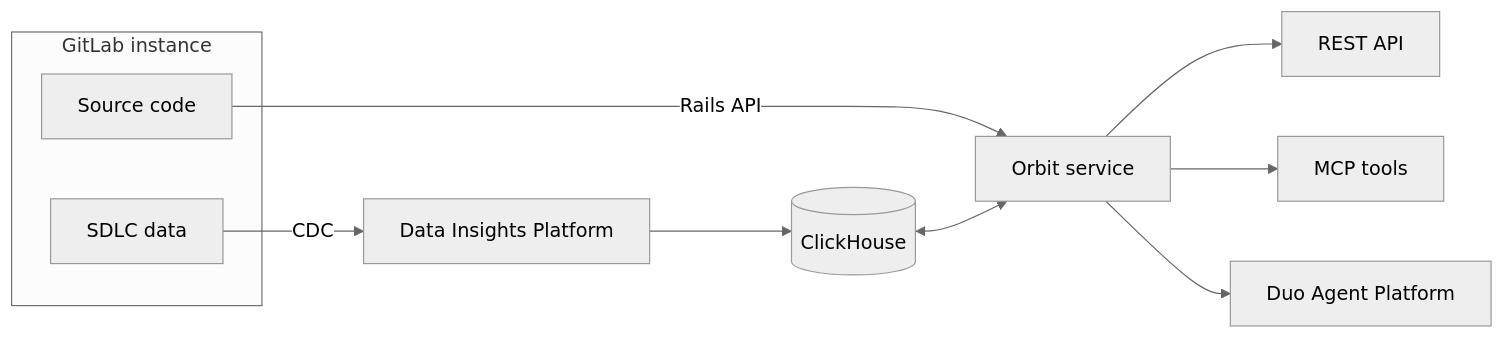
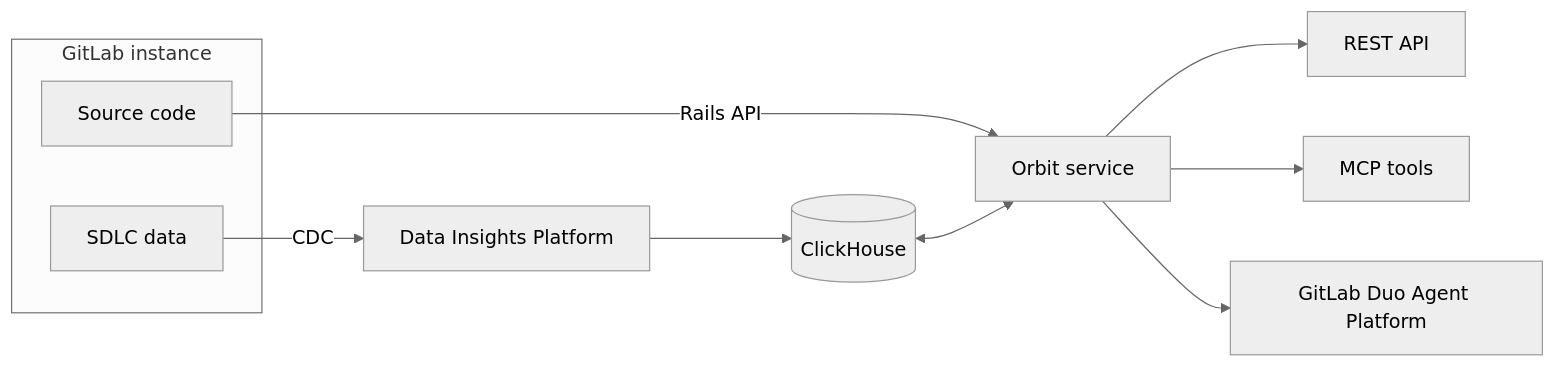
Before and after one commit to fork-the-planet/gitlabhq___orbit-knowledge-graph: the first of 2 diagrams in docs/source/_index.md, drawn with Mermaid (neutral theme). The commit also changed other lines of this file and 15 other files, not shown here.

Commit message:
docs: refactor follow-up part 2 - remove bold used for emphasis and update GitLab Duo references

````diff
--- a/docs/source/_index.md
+++ b/docs/source/_index.md
@@ -53,19 +53,19 @@
 ```mermaid
 flowchart LR
     accTitle: Orbit Remote architecture
-    accDescr: SDLC data streams from GitLab via CDC to the Data Insights Platform, then to ClickHouse. Code is served over the Rails internal API. Orbit reads both sources, builds the graph in ClickHouse, and exposes it via REST API, MCP tools, and Duo Agent Platform.
+    accDescr: SDLC data streams from GitLab via CDC to the Data Insights Platform, then to ClickHouse. Code is served over the Rails internal API. Orbit reads both sources, builds the graph in ClickHouse, and exposes it via REST API, MCP tools, and GitLab Duo Agent Platform.
 
     subgraph GitLab["GitLab instance"]
         SDLC[SDLC data]
         Code[Source code]
     end
 
     SDLC -- CDC --> DIP[Data Insights Platform]
     DIP --> CH[(ClickHouse)]
     Code -- Rails API --> Orbit[Orbit service]
     CH <--> Orbit
 
     Orbit --> REST[REST API]
     Orbit --> MCP[MCP tools]
-    Orbit --> DAP[Duo Agent Platform]
+    Orbit --> DAP[GitLab Duo Agent Platform]
 ```
````
